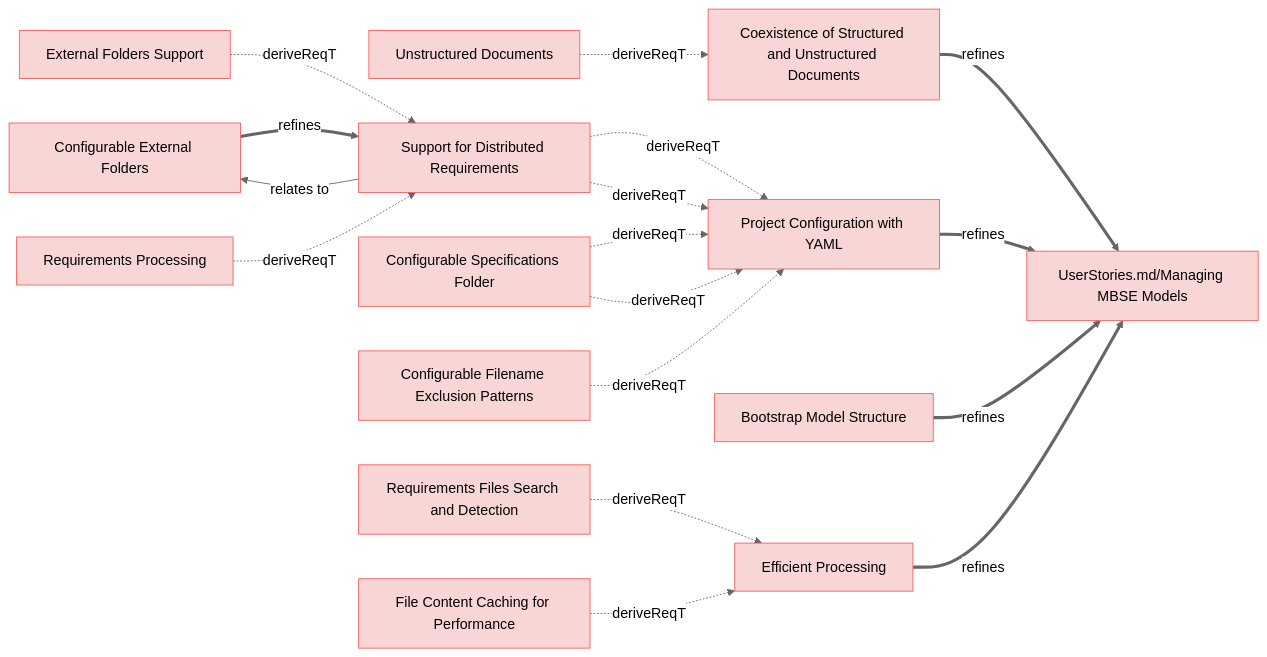
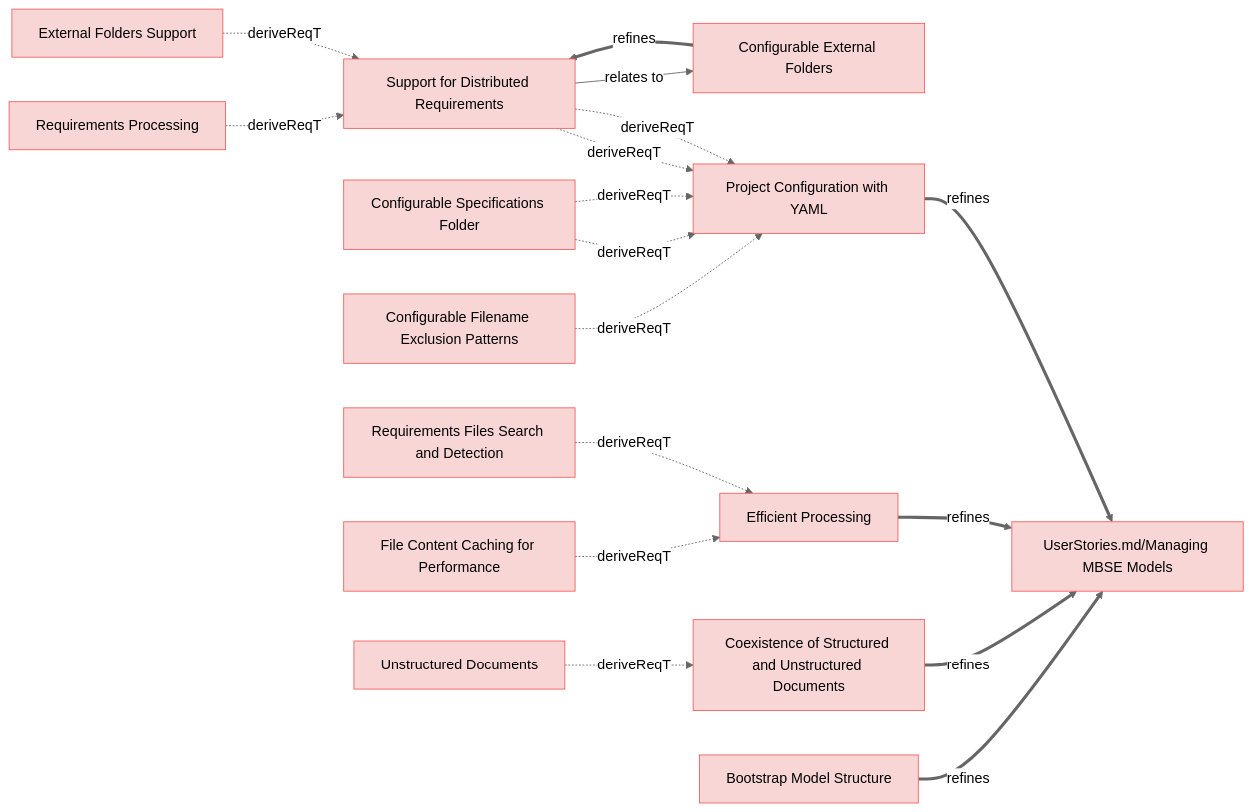
The diagram in specifications/ManagingMbseModelsRequirements.md (reqvire-org/reqvire), drawn with Mermaid (neutral theme) before and after one commit. The commit also changed other lines of this file and 36 other files, not shown here.

````diff
--- a/specifications/ManagingMbseModelsRequirements.md
+++ b/specifications/ManagingMbseModelsRequirements.md
@@ -4,67 +4,67 @@
 ```mermaid
 graph LR;
   %% Graph styling
   classDef requirement fill:#f9d6d6,stroke:#f55f5f,stroke-width:1px;
   classDef verification fill:#d6f9d6,stroke:#5fd75f,stroke-width:1px;
   classDef externalLink fill:#d0e0ff,stroke:#3080ff,stroke-width:1px;
   classDef default fill:#f5f5f5,stroke:#333333,stroke-width:1px;
 
-  daadd8e583["Coexistence of Structured and Unstructured Documents"];
-  click daadd8e583 "ManagingMbseModelsRequirements.md#coexistence-of-structured-and-unstructured-documents";
-  class daadd8e583 requirement;
+  ce24dbacb9["Project Configuration with YAML"];
+  click ce24dbacb9 "ManagingMbseModelsRequirements.md#project-configuration-with-yaml";
+  class ce24dbacb9 requirement;
   852dea6cfe["UserStories.md/Managing MBSE Models"];
   class 852dea6cfe requirement;
   click 852dea6cfe "UserStories.md#managing-mbse-models";
-  daadd8e583 ==>|refines| 852dea6cfe;
-  5a1719a264["Unstructured Documents"];
-  class 5a1719a264 requirement;
-  click 5a1719a264 "SystemRequirements/Requirements.md#unstructured-documents";
-  5a1719a264 -.->|deriveReqT| daadd8e583;
-  a5483b08d4["Configurable External Folders"];
-  click a5483b08d4 "ManagingMbseModelsRequirements.md#configurable-external-folders";
-  class a5483b08d4 requirement;
+  ce24dbacb9 ==>|refines| 852dea6cfe;
   e7286123b1["Support for Distributed Requirements"];
   class e7286123b1 requirement;
   click e7286123b1 "ManagingMbseModelsRequirements.md#support-for-distributed-requirements";
-  a5483b08d4 ==>|refines| e7286123b1;
+  e7286123b1 -.->|deriveReqT| ce24dbacb9;
   61be4a1815["Configurable Specifications Folder"];
+  class 61be4a1815 requirement;
   click 61be4a1815 "ManagingMbseModelsRequirements.md#configurable-specifications-folder";
-  class 61be4a1815 requirement;
-  ce24dbacb9["Project Configuration with YAML"];
-  class ce24dbacb9 requirement;
-  click ce24dbacb9 "ManagingMbseModelsRequirements.md#project-configuration-with-yaml";
   61be4a1815 -.->|deriveReqT| ce24dbacb9;
-  96bbd81f5c["Bootstrap Model Structure"];
-  click 96bbd81f5c "ManagingMbseModelsRequirements.md#bootstrap-model-structure";
-  class 96bbd81f5c requirement;
-  96bbd81f5c ==>|refines| 852dea6cfe;
+  cc8128cae3["Configurable Filename Exclusion Patterns"];
+  class cc8128cae3 requirement;
+  click cc8128cae3 "SystemRequirements/Requirements.md#configurable-filename-exclusion-patterns";
+  cc8128cae3 -.->|deriveReqT| ce24dbacb9;
   e7286123b1 -.->|deriveReqT| ce24dbacb9;
+  99bed90a0d["Requirements Processing"];
+  class 99bed90a0d requirement;
+  click 99bed90a0d "SystemRequirements/Requirements.md#requirements-processing";
+  99bed90a0d -.->|deriveReqT| e7286123b1;
+  a5483b08d4["Configurable External Folders"];
+  class a5483b08d4 requirement;
+  click a5483b08d4 "ManagingMbseModelsRequirements.md#configurable-external-folders";
+  e7286123b1 -->|relates to| a5483b08d4;
   d38ab4ad13["External Folders Support"];
   class d38ab4ad13 requirement;
   click d38ab4ad13 "SystemRequirements/Requirements.md#external-folders-support";
   d38ab4ad13 -.->|deriveReqT| e7286123b1;
-  e7286123b1 -->|relates to| a5483b08d4;
-  99bed90a0d["Requirements Processing"];
-  class 99bed90a0d requirement;
-  click 99bed90a0d "SystemRequirements/Requirements.md#requirements-processing";
-  99bed90a0d -.->|deriveReqT| e7286123b1;
-  ce24dbacb9 ==>|refines| 852dea6cfe;
+  a5483b08d4 ==>|refines| e7286123b1;
   61be4a1815 -.->|deriveReqT| ce24dbacb9;
-  e7286123b1 -.->|deriveReqT| ce24dbacb9;
-  cc8128cae3["Configurable Filename Exclusion Patterns"];
-  class cc8128cae3 requirement;
-  click cc8128cae3 "SystemRequirements/Requirements.md#configurable-filename-exclusion-patterns";
-  cc8128cae3 -.->|deriveReqT| ce24dbacb9;
   21e4eb87cb["Efficient Processing"];
   click 21e4eb87cb "ManagingMbseModelsRequirements.md#efficient-processing";
   class 21e4eb87cb requirement;
   21e4eb87cb ==>|refines| 852dea6cfe;
   2737f2d770["Requirements Files Search and Detection"];
   class 2737f2d770 requirement;
   click 2737f2d770 "SystemRequirements/Requirements.md#requirements-files-search-and-detection";
   2737f2d770 -.->|deriveReqT| 21e4eb87cb;
   98bd2bd6bd["File Content Caching for Performance"];
   class 98bd2bd6bd requirement;
   click 98bd2bd6bd "SystemRequirements/Requirements.md#file-content-caching-for-performance";
   98bd2bd6bd -.->|deriveReqT| 21e4eb87cb;
+  daadd8e583["Coexistence of Structured and Unstructured Documents"];
+  click daadd8e583 "ManagingMbseModelsRequirements.md#coexistence-of-structured-and-unstructured-documents";
+  class daadd8e583 requirement;
+  daadd8e583 ==>|refines| 852dea6cfe;
+  5a1719a264["Unstructured Documents"];
+  class 5a1719a264 requirement;
+  click 5a1719a264 "SystemRequirements/Requirements.md#unstructured-documents";
+  5a1719a264 -.->|deriveReqT| daadd8e583;
+  96bbd81f5c["Bootstrap Model Structure"];
+  click 96bbd81f5c "ManagingMbseModelsRequirements.md#bootstrap-model-structure";
+  class 96bbd81f5c requirement;
+  96bbd81f5c ==>|refines| 852dea6cfe;
 ```
````
